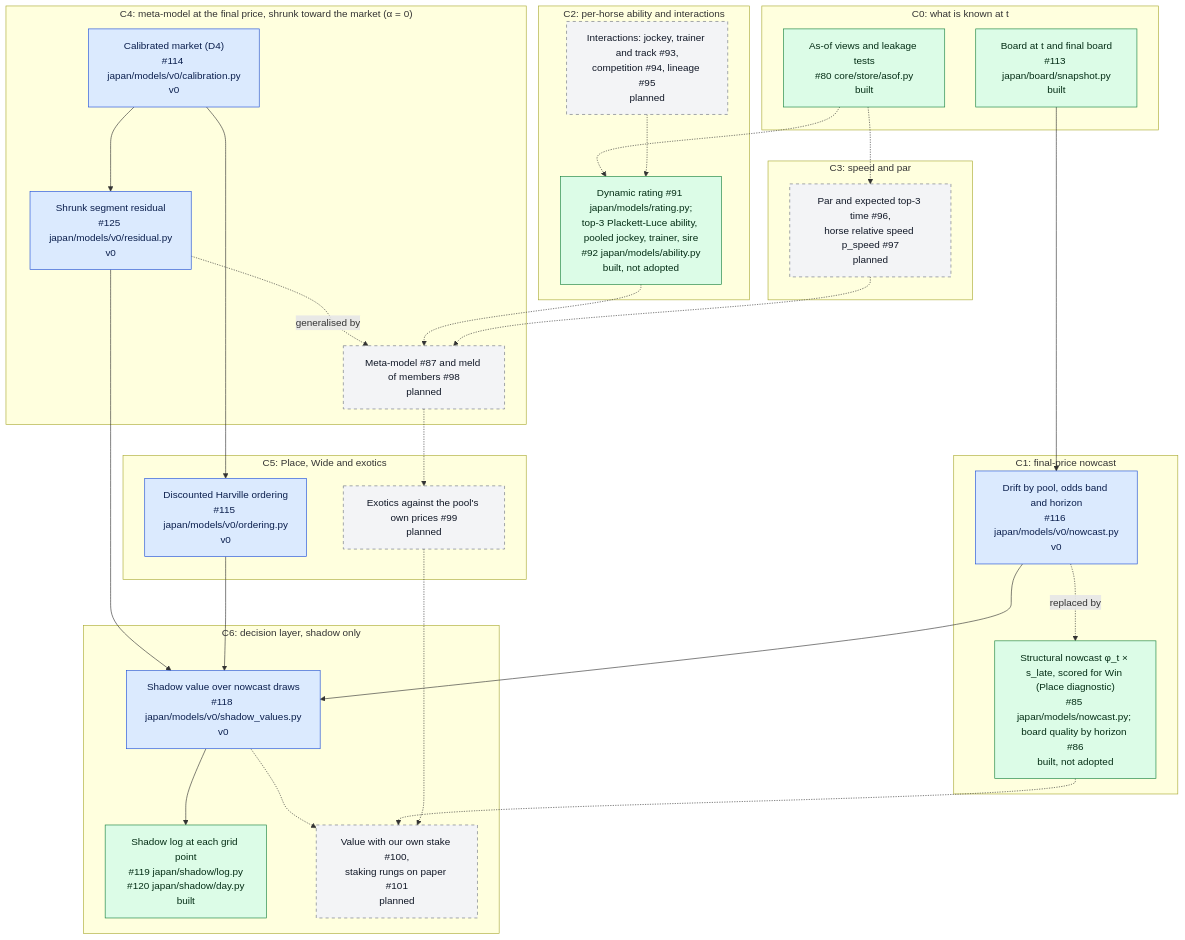
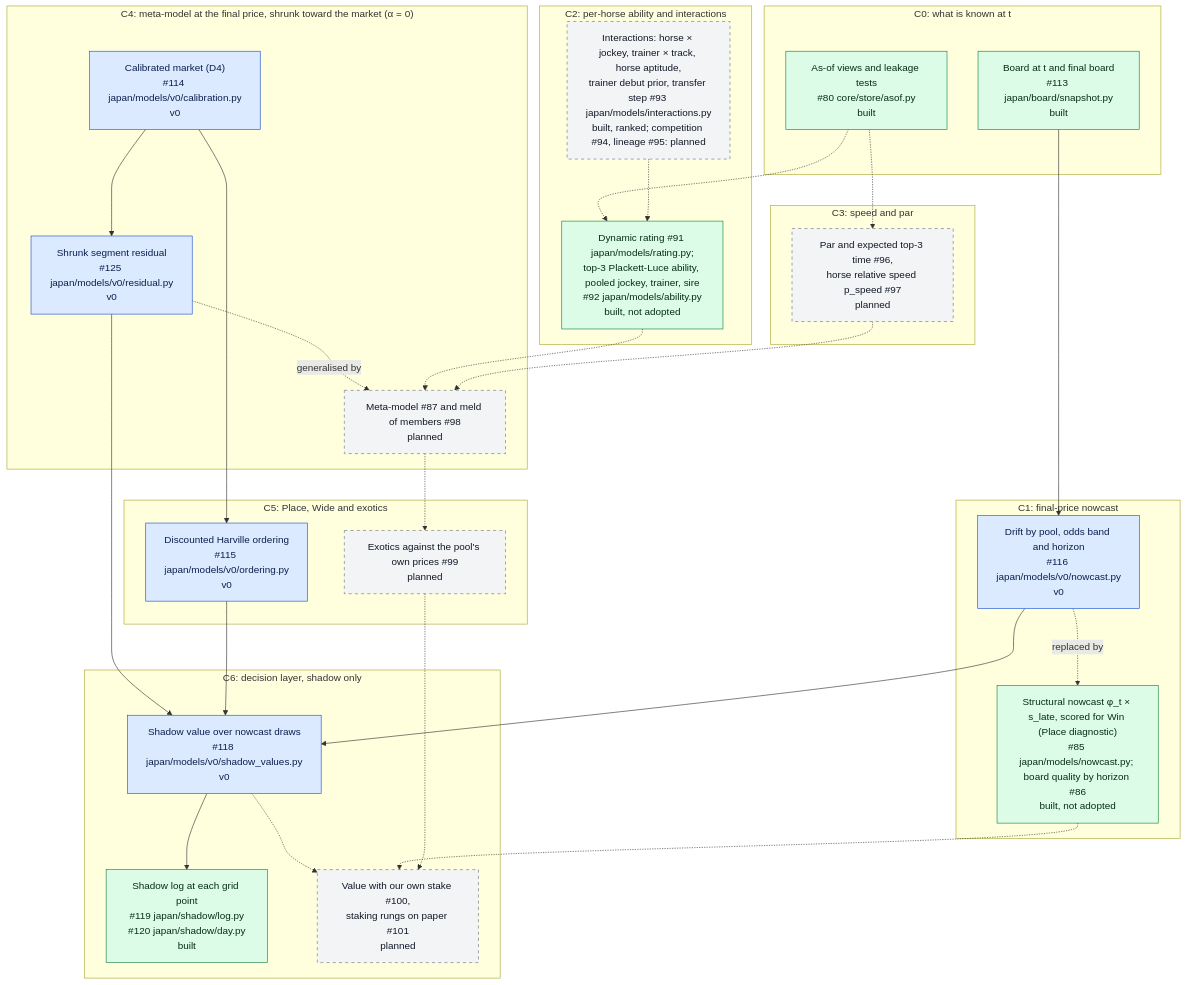
One commit to rjeskuri/HorseTrackBetting changed the second of 6 diagrams in docs/modeling.md. Above: the diagram before and after it, drawn with Mermaid. The commit also changed other lines of this file and 4 other files, not shown here.

````diff
--- a/docs/modeling.md
+++ b/docs/modeling.md
@@ -71,57 +71,57 @@
 ```mermaid
 flowchart TB
     subgraph L0["C0: what is known at t"]
         ASOF["As-of views and leakage tests<br/>#80 core/store/asof.py<br/>built"]
         BOARD["Board at t and final board<br/>#113 japan/board/snapshot.py<br/>built"]
     end
     subgraph L1["C1: final-price nowcast"]
         NC0["Drift by pool, odds band and horizon<br/>#116 japan/models/v0/nowcast.py<br/>v0"]
         NC1["Structural nowcast φ_t × s_late, scored for Win (Place diagnostic)<br/>#85 japan/models/nowcast.py; board quality by horizon #86<br/>built, not adopted"]
     end
     subgraph L2["C2: per-horse ability and interactions"]
         ABIL["Dynamic rating #91 japan/models/rating.py;<br/>top-3 Plackett-Luce ability, pooled jockey, trainer, sire<br/>#92 japan/models/ability.py<br/>built, not adopted"]
-        INTR["Interactions: jockey, trainer and track #93,<br/>competition #94, lineage #95<br/>planned"]
+        INTR["Interactions: horse × jockey, trainer × track, horse aptitude,<br/>trainer debut prior, transfer step #93 japan/models/interactions.py<br/>built, ranked; competition #94, lineage #95: planned"]
     end
     subgraph L3["C3: speed and par"]
         SPEED["Par and expected top-3 time #96,<br/>horse relative speed p_speed #97<br/>planned"]
     end
     subgraph L4["C4: meta-model at the final price, shrunk toward the market (α = 0)"]
         CAL["Calibrated market (D4)<br/>#114 japan/models/v0/calibration.py<br/>v0"]
         RES["Shrunk segment residual<br/>#125 japan/models/v0/residual.py<br/>v0"]
         META["Meta-model #87 and meld of members #98<br/>planned"]
     end
     subgraph L5["C5: Place, Wide and exotics"]
         ORD["Discounted Harville ordering<br/>#115 japan/models/v0/ordering.py<br/>v0"]
         EXO["Exotics against the pool's own prices #99<br/>planned"]
     end
     subgraph L6["C6: decision layer, shadow only"]
         SV["Shadow value over nowcast draws<br/>#118 japan/models/v0/shadow_values.py<br/>v0"]
         SLOG["Shadow log at each grid point<br/>#119 japan/shadow/log.py<br/>#120 japan/shadow/day.py<br/>built"]
         STAKE["Value with our own stake #100,<br/>staking rungs on paper #101<br/>planned"]
     end
     BOARD --> NC0
     NC0 -.->|"replaced by"| NC1
     ASOF -.-> ABIL
     INTR -.-> ABIL
     ASOF -.-> SPEED
     CAL --> RES
     CAL --> ORD
     RES -.->|"generalised by"| META
     ABIL -.-> META
     SPEED -.-> META
     META -.-> EXO
     RES --> SV
     ORD --> SV
     NC0 --> SV
     SV --> SLOG
     SV -.-> STAKE
     NC1 -.-> STAKE
     EXO -.-> STAKE
 
     classDef v0 fill:#dbeafe,stroke:#1d4ed8,color:#0b1f4d
     classDef built fill:#dcfce7,stroke:#15803d,color:#052e16
     classDef planned fill:#f3f4f6,stroke:#6b7280,stroke-dasharray: 5 5,color:#111827
     class NC0,CAL,RES,ORD,SV v0
     class ASOF,BOARD,SLOG,NC1,ABIL built
     class INTR,SPEED,META,EXO,STAKE planned
 ```
````
